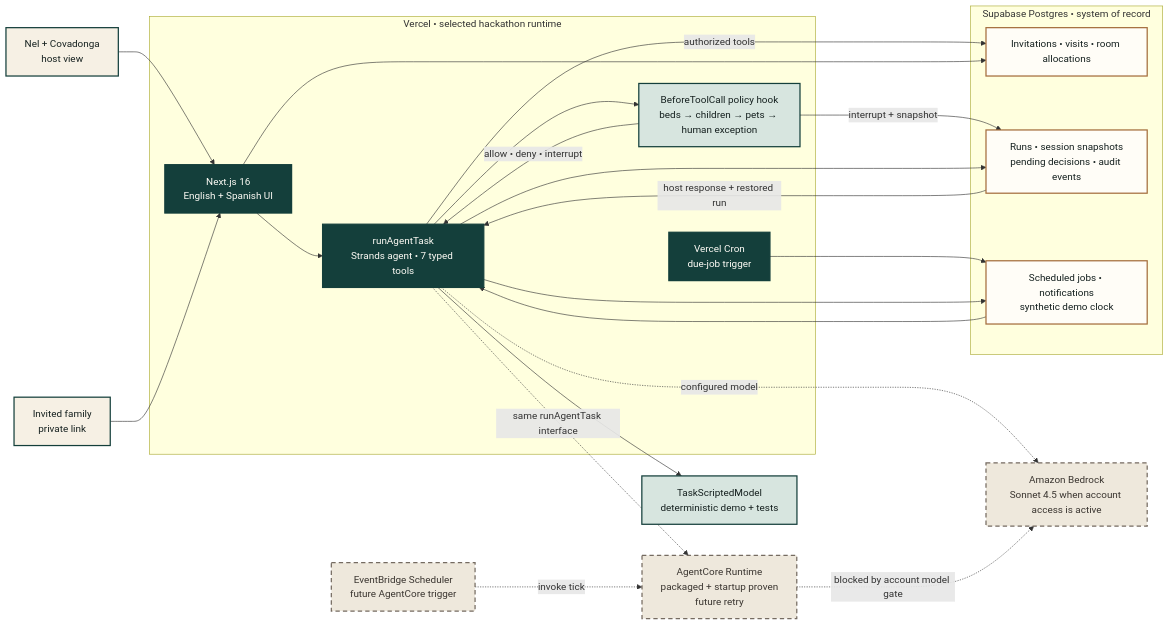
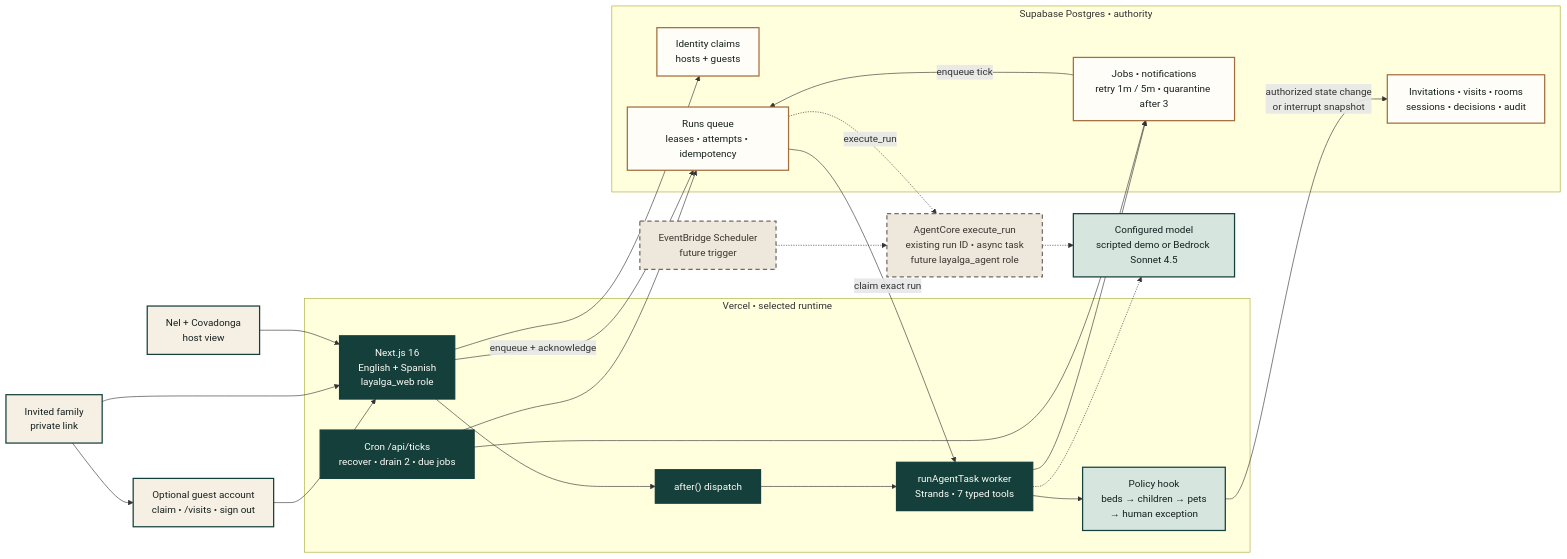
Before and after one commit to juan294/layalga: the diagram in docs/architecture/layalga-architecture.mmd, drawn with Mermaid. The commit also changed 13 other files, not shown here.

```diff
--- a/docs/architecture/layalga-architecture.mmd
+++ b/docs/architecture/layalga-architecture.mmd
@@ -1,52 +1,52 @@
 flowchart LR
   host["Nel + Covadonga<br/>host view"]
   guest["Invited family<br/>private link"]
+  guestAccount["Optional guest account<br/>claim • /visits • sign out"]
 
-  subgraph vercel["Vercel • selected hackathon runtime"]
-    web["Next.js 16<br/>English + Spanish UI"]
-    agent["runAgentTask<br/>Strands agent • 7 typed tools"]
-    policy["BeforeToolCall policy hook<br/>beds → children → pets → human exception"]
-    cron["Vercel Cron<br/>due-job trigger"]
+  subgraph vercel["Vercel • selected runtime"]
+    web["Next.js 16<br/>English + Spanish<br/>layalga_web role"]
+    cron["Cron /api/ticks<br/>recover • drain 2 • due jobs"]
+    dispatch["after() dispatch"]
+    worker["runAgentTask worker<br/>Strands • 7 typed tools"]
+    policy["Policy hook<br/>beds → children → pets<br/>→ human exception"]
   end
 
-  subgraph data["Supabase Postgres • system of record"]
-    booking["Invitations • visits • room allocations"]
-    durable["Runs • session snapshots<br/>pending decisions • audit events"]
-    jobs["Scheduled jobs • notifications<br/>synthetic demo clock"]
+  subgraph data["Supabase Postgres • authority"]
+    identity["Identity claims<br/>hosts + guests"]
+    queue["Runs queue<br/>leases • attempts • idempotency"]
+    state["Invitations • visits • rooms<br/>sessions • decisions • audit"]
+    jobs["Jobs • notifications<br/>retry 1m / 5m • quarantine after 3"]
   end
 
-  bedrock["Amazon Bedrock<br/>Sonnet 4.5 when account access is active"]
-  scripted["TaskScriptedModel<br/>deterministic demo + tests"]
-  agentcore["AgentCore Runtime<br/>packaged + startup proven<br/>future retry"]
-  eventbridge["EventBridge Scheduler<br/>future AgentCore trigger"]
+  models["Configured model<br/>scripted demo or Bedrock Sonnet 4.5"]
+  agentcore["AgentCore execute_run<br/>existing run ID • async task<br/>future layalga_agent role"]
+  eventbridge["EventBridge Scheduler<br/>future trigger"]
 
   host --> web
   guest --> web
-  web --> agent
-  agent --> policy
-  policy -- "allow • deny • interrupt" --> agent
-  agent -- "authorized tools" --> booking
-  policy -- "interrupt + snapshot" --> durable
-  durable -- "host response + restored run" --> agent
-  agent -. "configured model" .-> bedrock
-  agent --> scripted
+  guest --> guestAccount --> web
+  web --> identity
+  web -- "enqueue + acknowledge" --> queue
+  web --> dispatch --> worker
+  cron --> queue
   cron --> jobs
-  jobs --> agent
-  agent --> durable
-  agent --> jobs
-  web --> booking
-  agent -. "same runAgentTask interface" .-> agentcore
-  eventbridge -. "invoke tick" .-> agentcore
-  agentcore -. "blocked by account model gate" .-> bedrock
+  jobs -- "enqueue tick" --> queue
+  queue -- "claim exact run" --> worker
+  worker --> policy
+  policy -- "authorized state change<br/>or interrupt snapshot" --> state
+  worker --> jobs
+  worker -.-> models
+  queue -. "execute_run" .-> agentcore
+  eventbridge -.-> agentcore
+  agentcore -.-> models
 
   classDef person fill:#f6f0e4,stroke:#143f3b,color:#15201f,stroke-width:2px;
   classDef app fill:#143f3b,stroke:#143f3b,color:#fffdf7,stroke-width:2px;
   classDef core fill:#d7e5df,stroke:#143f3b,color:#15201f,stroke-width:2px;
   classDef store fill:#fffdf7,stroke:#a46d3c,color:#15201f,stroke-width:2px;
   classDef future fill:#eee8dc,stroke:#756b61,color:#3a3530,stroke-width:2px,stroke-dasharray: 7 5;
-  class host,guest person;
-  class web,agent,cron app;
-  class policy core;
-  class booking,durable,jobs store;
-  class bedrock,agentcore,eventbridge future;
-  class scripted core;
+  class host,guest,guestAccount person;
+  class web,dispatch,worker,cron app;
+  class policy,models core;
+  class identity,queue,state,jobs store;
+  class agentcore,eventbridge future;
```
